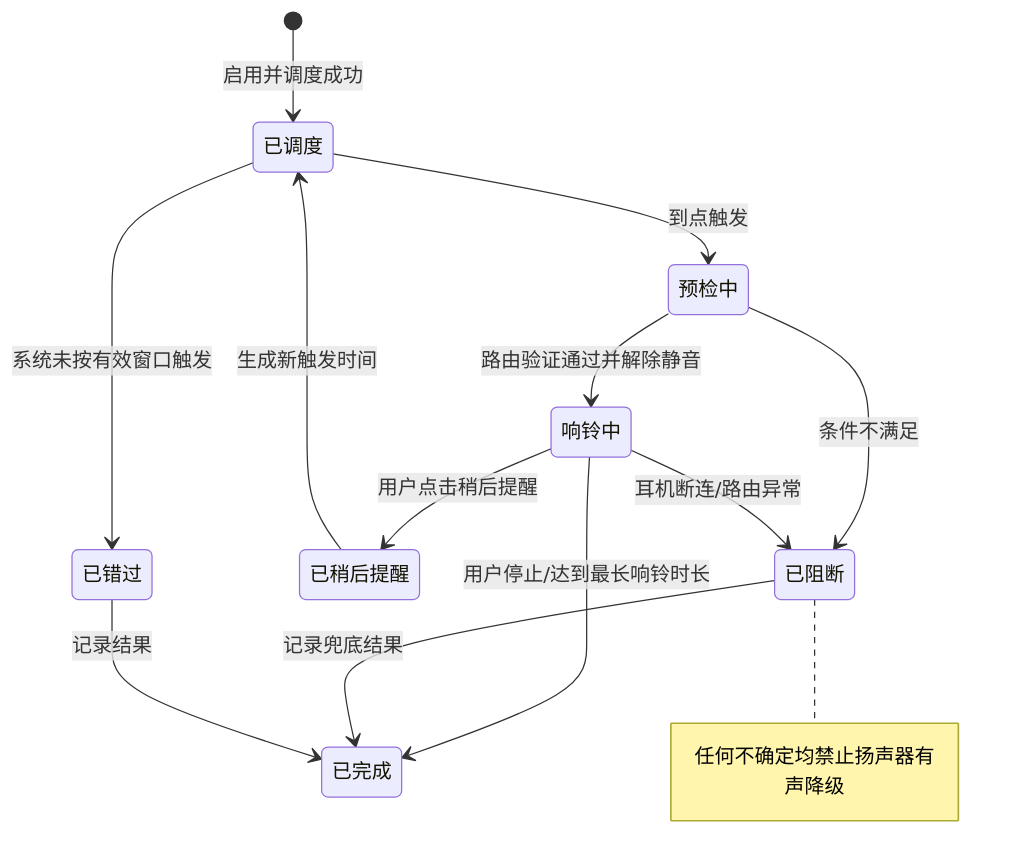
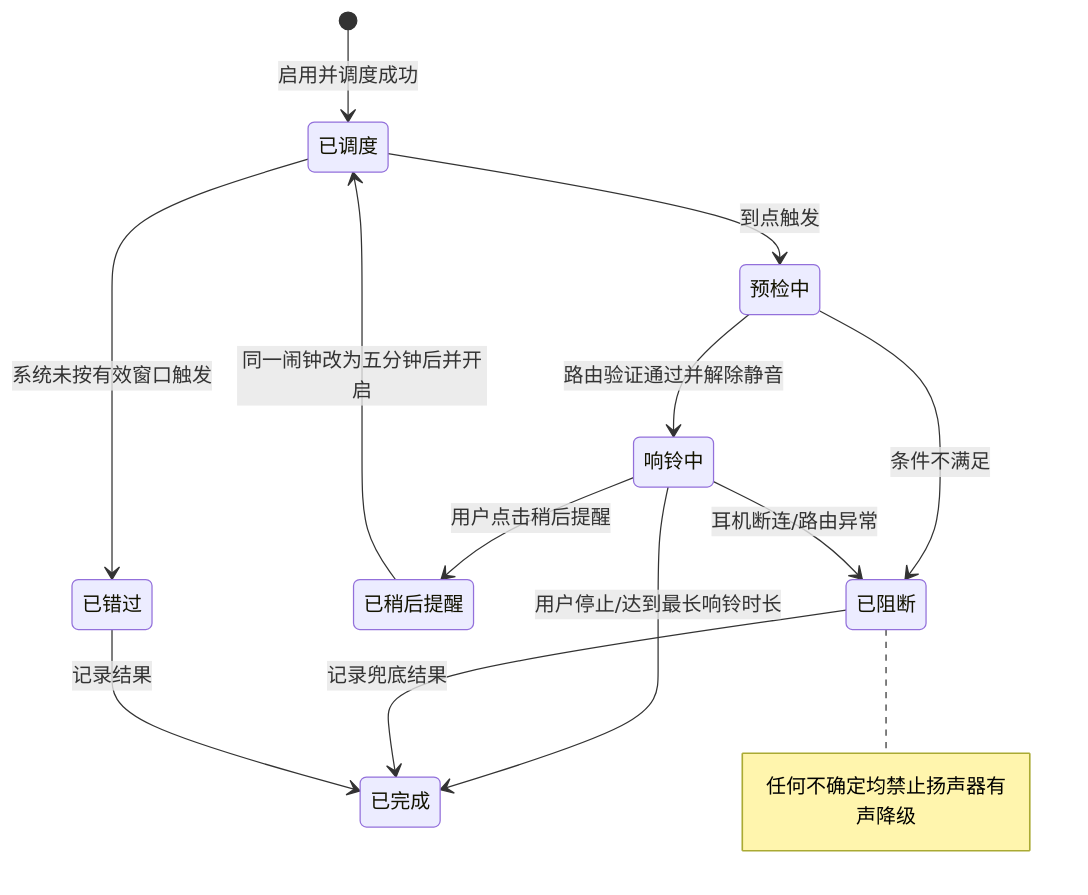
Before and after one commit to chenzhiyong1994/hush-wake: the fourth of 5 diagrams in docs/hush-wake-prd.md, drawn with Mermaid. The commit also changed other lines of this file and 25 other files, not shown here.

````diff
--- a/docs/hush-wake-prd.md
+++ b/docs/hush-wake-prd.md
@@ -496,16 +497,16 @@
 ```mermaid
 stateDiagram-v2
     [*] --> 已调度 : 启用并调度成功
     已调度 --> 预检中 : 到点触发
     预检中 --> 响铃中 : 路由验证通过并解除静音
     预检中 --> 已阻断 : 条件不满足
     响铃中 --> 已阻断 : 耳机断连/路由异常
     响铃中 --> 已稍后提醒 : 用户点击稍后提醒
     响铃中 --> 已完成 : 用户停止/达到最长响铃时长
-    已稍后提醒 --> 已调度 : 生成新触发时间
+    已稍后提醒 --> 已调度 : 同一闹钟改为五分钟后并开启
     已调度 --> 已错过 : 系统未按有效窗口触发
     已阻断 --> 已完成 : 记录兜底结果
     已错过 --> 已完成 : 记录结果
 
     note right of 已阻断 : 任何不确定均禁止扬声器有声降级
 ```
````
